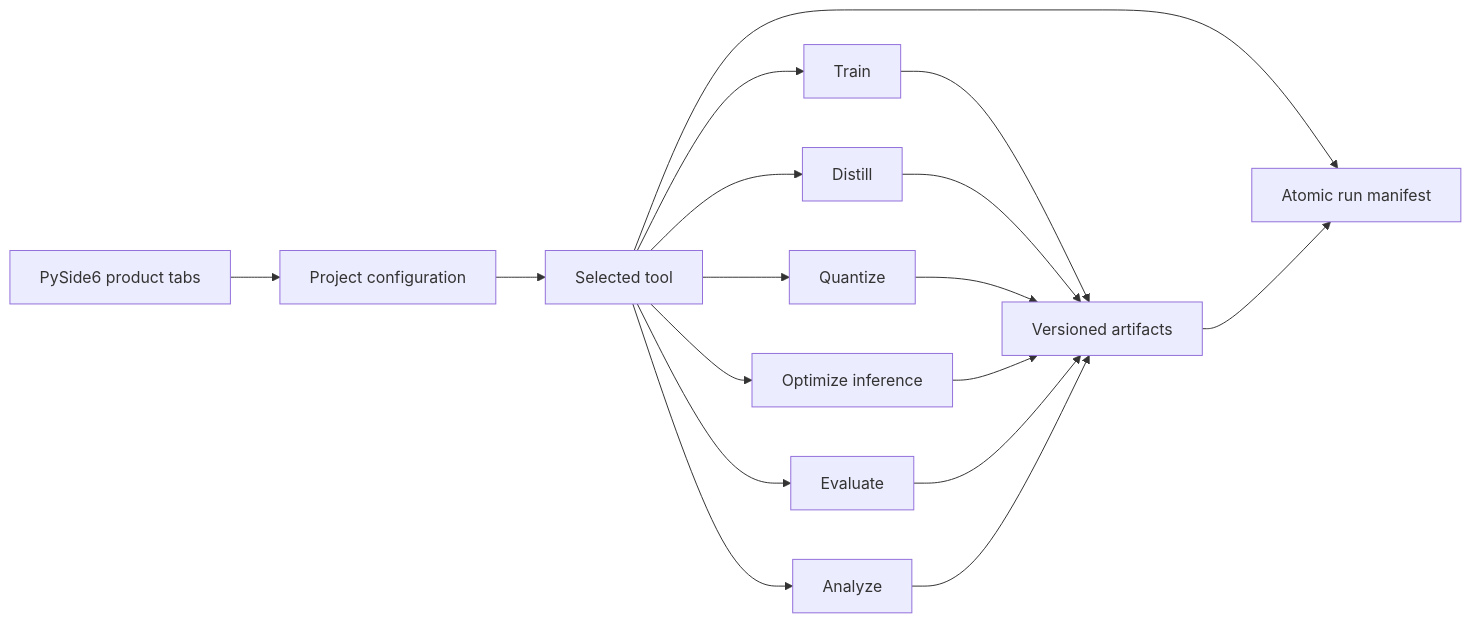
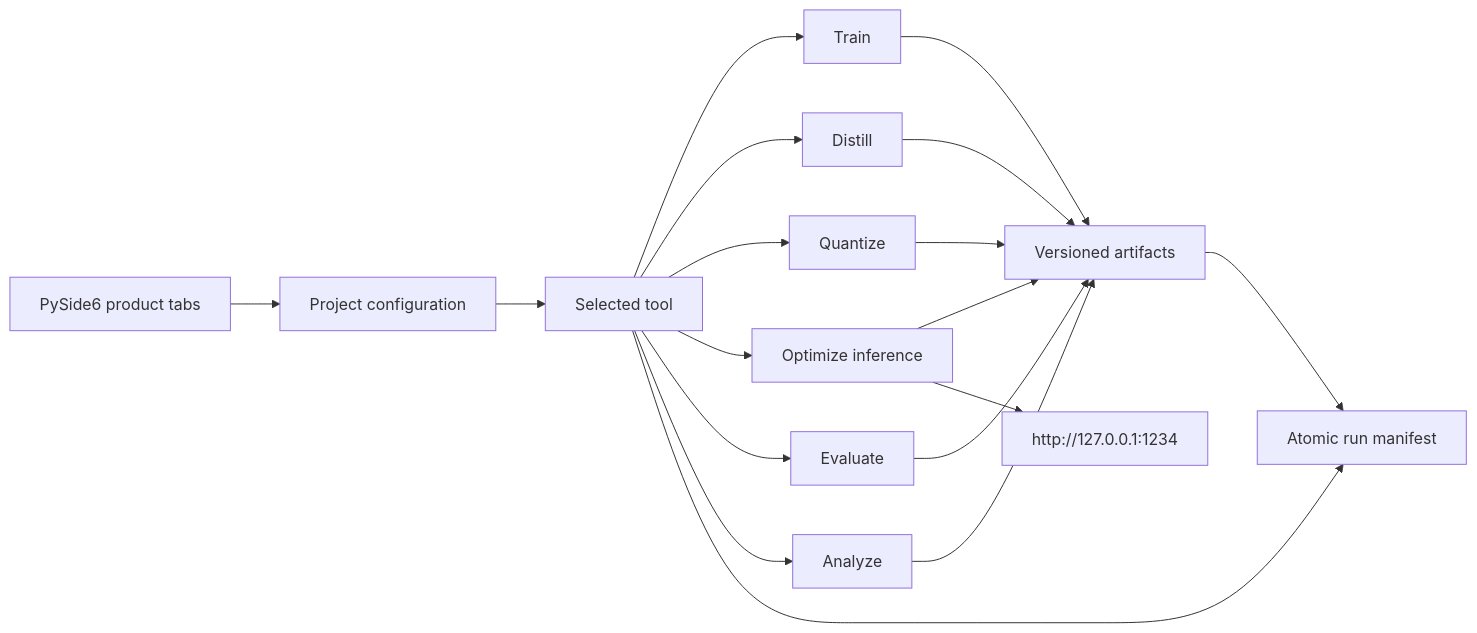
Before and after one commit to shubhamcodez/finetuner: the diagram in docs/ARCHITECTURE.md, drawn with Mermaid. The commit also changed other lines of this file and 19 other files, not shown here.

````diff
--- a/docs/ARCHITECTURE.md
+++ b/docs/ARCHITECTURE.md
@@ -6,19 +6,20 @@
 ```mermaid
 flowchart LR
     UI["PySide6 product tabs"] --> CFG["Project configuration"]
     CFG --> ACT["Selected tool"]
     ACT --> TRAIN["Train"]
     ACT --> KD["Distill"]
     ACT --> Q["Quantize"]
     ACT --> OPT["Optimize inference"]
     ACT --> EVAL["Evaluate"]
     ACT --> ANA["Analyze"]
     TRAIN --> ART["Versioned artifacts"]
     KD --> ART
     Q --> ART
     OPT --> ART
+    OPT --> SERVE["http://127.0.0.1:1234"]
     EVAL --> ART
     ANA --> ART
     ACT --> MAN["Atomic run manifest"]
     ART --> MAN
 ```
````
